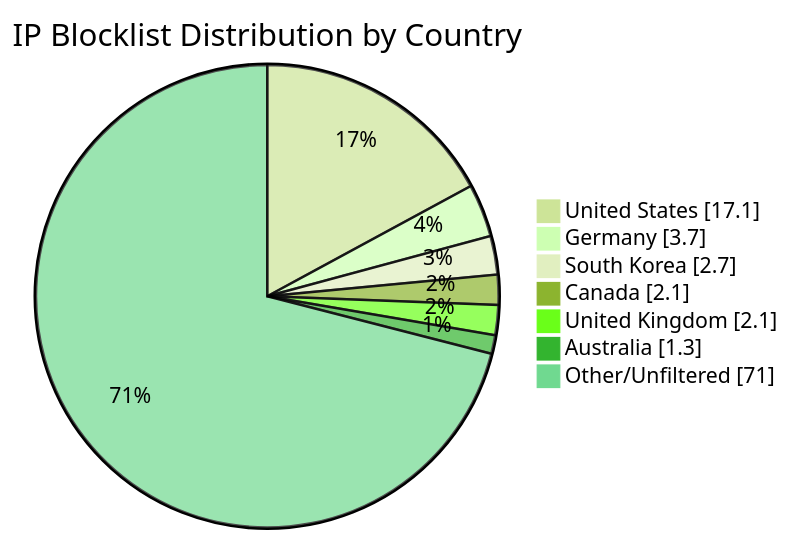
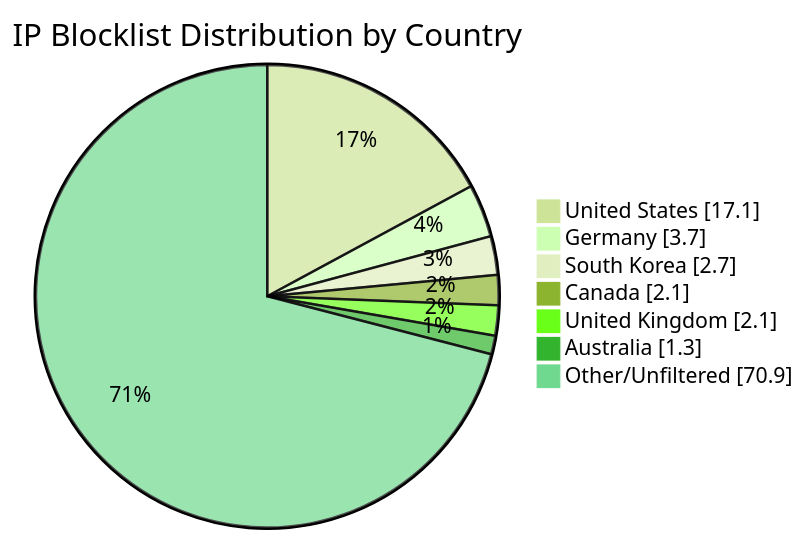
The diagram in README.md (MarcusHoltz/ipblocklist-geofiltered-aggregator), drawn with Mermaid (forest theme) before and after one commit. The commit also changed other lines of this file and 9 other files, not shown here.

````diff
--- a/README.md
+++ b/README.md
@@ -34,10 +34,10 @@
 ```mermaid
 pie showData title IP Blocklist Distribution by Country
 "United States" : 17.1
 "Germany" : 3.7
 "South Korea" : 2.7
 "Canada" : 2.1
 "United Kingdom" : 2.1
 "Australia" : 1.3
-"Other/Unfiltered" : 71.0
+"Other/Unfiltered" : 70.9
 ```
````
